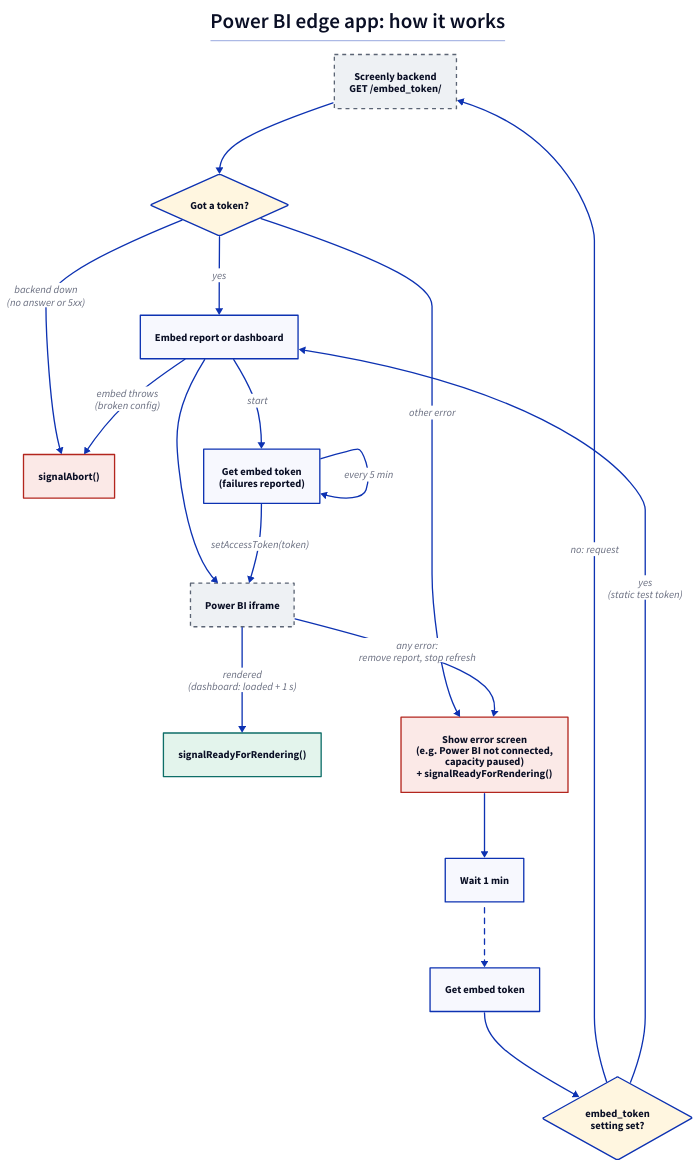
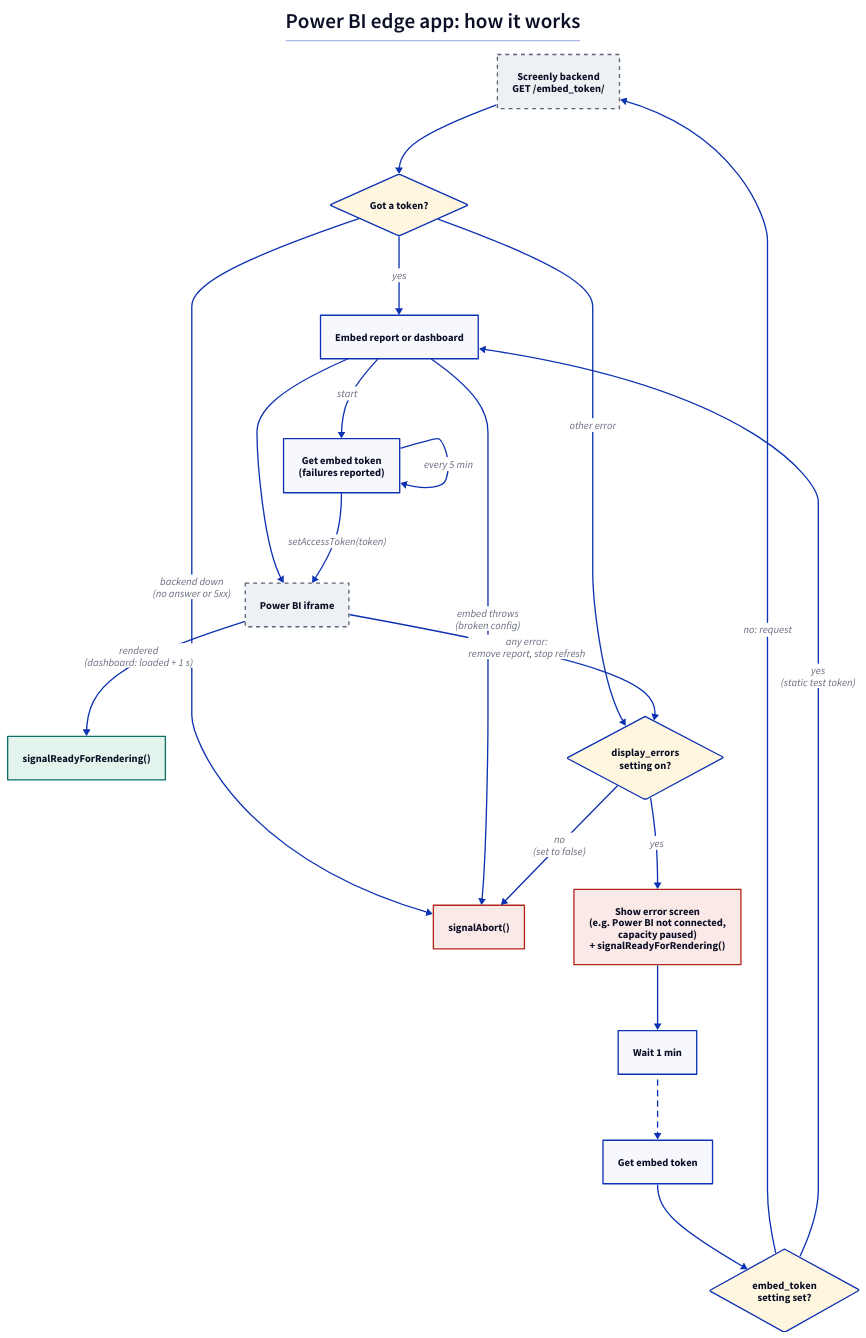
The diagram in docs/how-it-works.d2 (Screenly/powerbi-app), drawn with D2 before and after one commit. The commit also changed 7 other files, not shown here.

First line of the commit message:
feat: let display_errors choose between the error screen and skipping the asset

```diff
--- a/docs/how-it-works.d2
+++ b/docs/how-it-works.d2
@@ -1,42 +1,45 @@
 title: |md
   # Power BI edge app: how it works
 | {near: top-center}
 
 direction: down
 
 classes: {
   external: {style: {fill: "#EEF1F4"; stroke: "#5B6474"; stroke-dash: 3}}
   decision: {shape: diamond; style.fill: "#FFF6E0"}
   good: {style: {fill: "#E3F4EC"; stroke: "#0E6E68"}}
   bad: {style: {fill: "#FBE9E7"; stroke: "#B3261E"}}
 }
 
 backend: "Screenly backend\nGET /embed_token/" {class: external}
 powerbi: Power BI iframe {class: external}
 
 get_token: Get embed token
 has_static: "embed_token\nsetting set?" {class: decision}
 token_ok: Got a token? {class: decision}
 skip: "signalAbort()" {class: bad}
 embed: Embed report or dashboard
 refresh: "Get embed token\n(failures reported)"
 ready: "signalReadyForRendering()" {class: good}
+show_errors: "display_errors\nsetting on?" {class: decision}
 error_shown: "Show error screen\n(e.g. Power BI not connected,\ncapacity paused)\n+ signalReadyForRendering()" {class: bad}
 wait: "Wait 1 min"
 
 get_token -> has_static
 has_static -> backend: "no: request"
 has_static -> embed: "yes\n(static test token)"
 backend -> token_ok
 token_ok -> embed: yes
 token_ok -> skip: "backend down\n(no answer or 5xx)"
-token_ok -> error_shown: other error
+token_ok -> show_errors: other error
 embed -> powerbi
 embed -> skip: "embed throws\n(broken config)"
 embed -> refresh: start
 refresh -> refresh: every 5 min
 refresh -> powerbi: "setAccessToken(token)"
 powerbi -> ready: "rendered\n(dashboard: loaded + 1 s)"
-powerbi -> error_shown: "any error:\nremove report, stop refresh"
+powerbi -> show_errors: "any error:\nremove report, stop refresh"
+show_errors -> error_shown: yes
+show_errors -> skip: "no\n(set to false)"
 error_shown -> wait
 get_token <- wait: {style.stroke-dash: 4}
```
